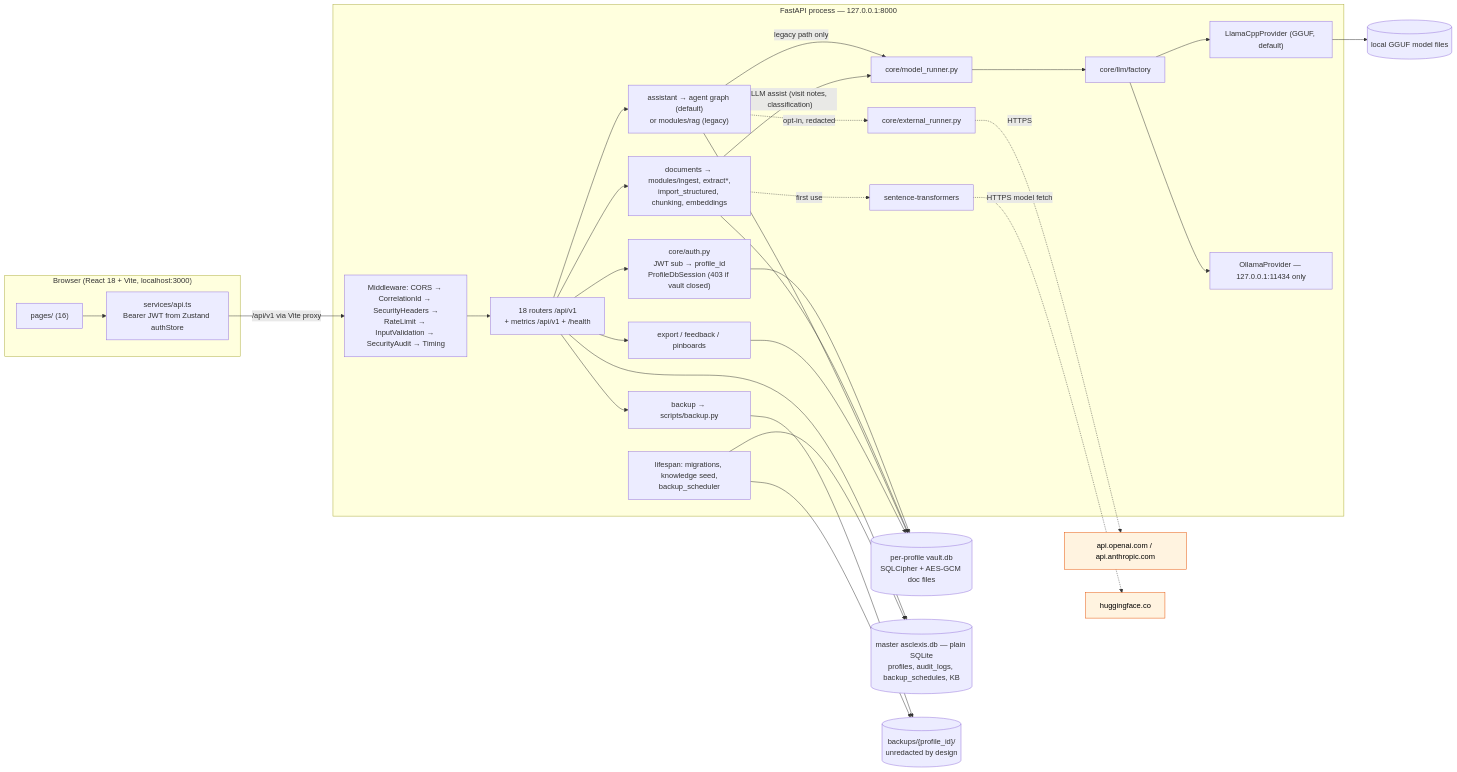
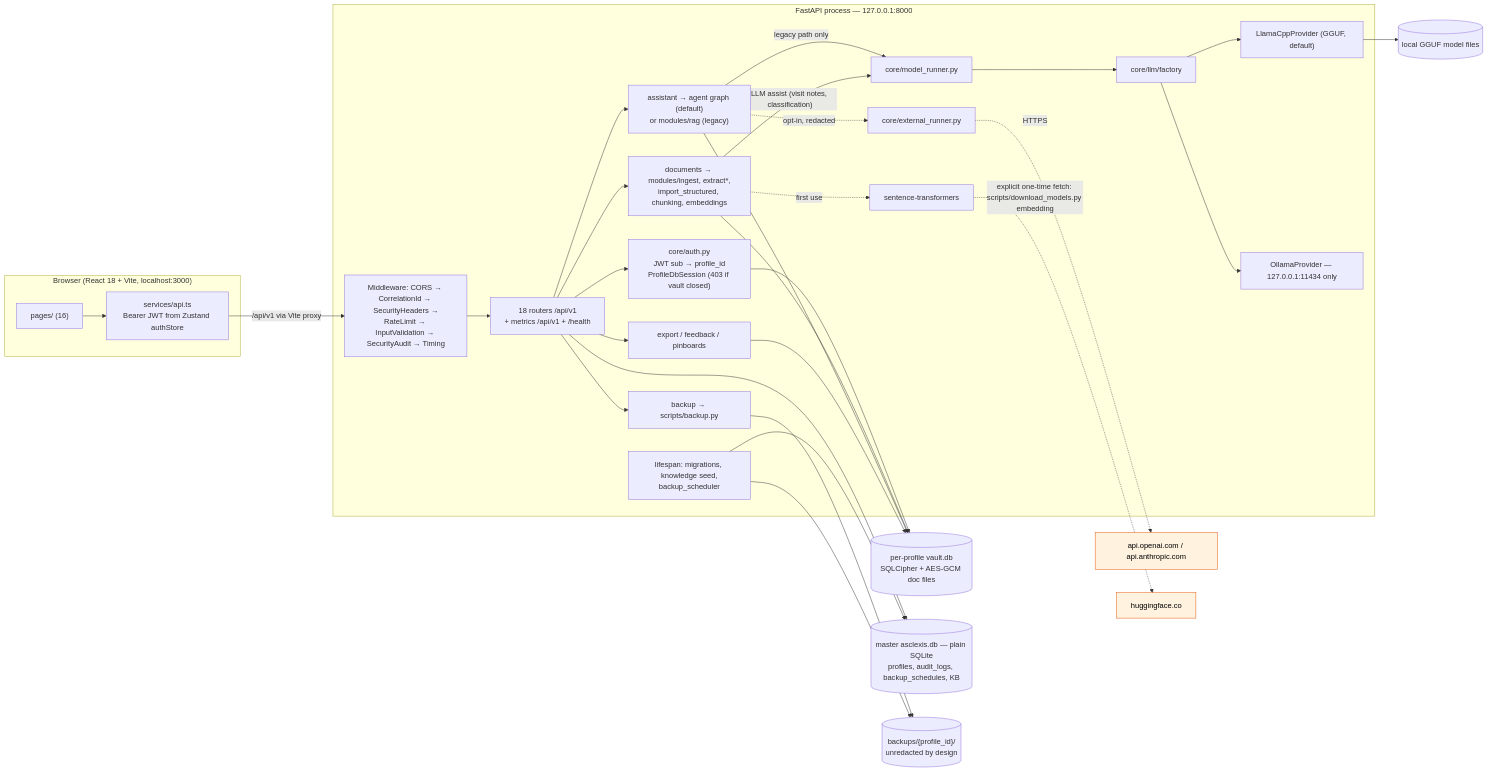
Before and after one commit to BrooklynD23/HealthCentral: the diagram in docs/capstone-report/architecture-overview.md, drawn with Mermaid. The commit also changed other lines of this file and 5 other files, not shown here.

Commit message:
docs: embedding model loads offline from a local dir, fetched by download_models.py (W-8)

````diff
--- a/docs/capstone-report/architecture-overview.md
+++ b/docs/capstone-report/architecture-overview.md
@@ -27,41 +27,41 @@
 ```mermaid
 flowchart LR
   subgraph Browser["Browser (React 18 + Vite, localhost:3000)"]
     UI["pages/ (16)"] --> SVC["services/api.ts<br/>Bearer JWT from Zustand authStore"]
   end
 
   SVC -->|"/api/v1 via Vite proxy"| MW
 
   subgraph Backend["FastAPI process — 127.0.0.1:8000"]
     MW["Middleware: CORS → CorrelationId → SecurityHeaders →<br/>RateLimit → InputValidation → SecurityAudit → Timing"] --> R["18 routers /api/v1<br/>+ metrics /api/v1 + /health"]
     R --> AUTH["core/auth.py<br/>JWT sub → profile_id<br/>ProfileDbSession (403 if vault closed)"]
     R --> DOC["documents → modules/ingest, extract*,<br/>import_structured, chunking, embeddings"]
     R --> ASST["assistant → agent graph (default)<br/>or modules/rag (legacy)"]
     R --> EXP["export / feedback / pinboards"]
     R --> BK["backup → scripts/backup.py"]
     ASST -->|"legacy path only"| MR["core/model_runner.py"]
     DOC -->|"LLM assist (visit notes, classification)"| MR
     MR --> FAC["core/llm/factory"]
     FAC --> LCP["LlamaCppProvider (GGUF, default)"]
     FAC --> OLP["OllamaProvider — 127.0.0.1:11434 only"]
     ASST -. "opt-in, redacted" .-> EXT["core/external_runner.py"]
     DOC -. "first use" .-> ST["sentence-transformers"]
     LIFE["lifespan: migrations, knowledge seed,<br/>backup_scheduler"]
   end
 
   AUTH --> VAULT[("per-profile vault.db<br/>SQLCipher + AES-GCM doc files")]
   DOC --> VAULT
   ASST --> VAULT
   EXP --> VAULT
   R --> MASTER[("master asclexis.db — plain SQLite<br/>profiles, audit_logs, backup_schedules, KB")]
   BK --> BACKUPS[("backups/{profile_id}/<br/>unredacted by design")]
   LIFE --> MASTER
   LIFE --> BACKUPS
 
   EXT -. "HTTPS" .-> CLOUD["api.openai.com / api.anthropic.com"]
-  ST -. "HTTPS model fetch" .-> HF["huggingface.co"]
+  ST -. "explicit one-time fetch: scripts/download_models.py embedding" .-> HF["huggingface.co"]
   LCP --> GGUF[("local GGUF model files")]
 
   classDef ext fill:#fff3e0,stroke:#e65100,color:#000
   class CLOUD,HF ext
 ```
````
